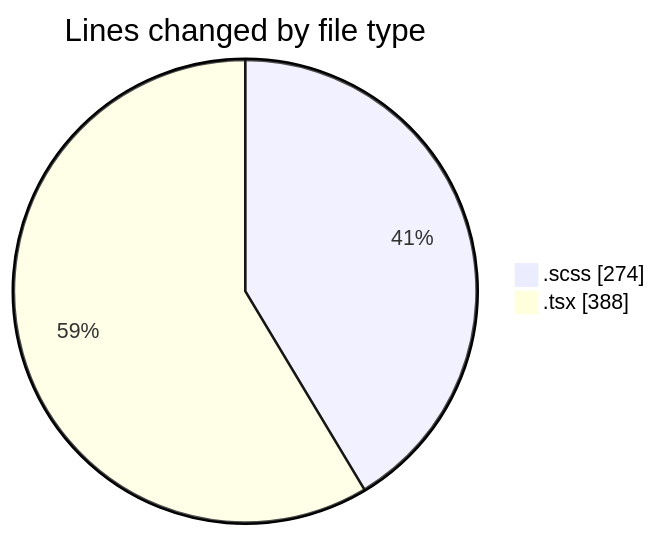
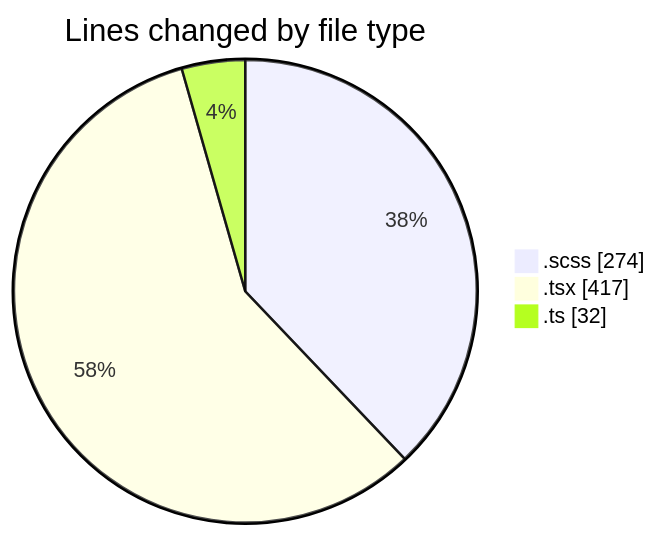
The first of 2 diagrams in 2025-03-04/cda/README.md (momahboobian/code-tracking), drawn with Mermaid before and after one commit. The commit also changed other lines of this file and 1 other file, not shown here.

````diff
--- a/2025-03-04/cda/README.md
+++ b/2025-03-04/cda/README.md
@@ -24,6 +25,7 @@
 ```mermaid
 pie showData
 title Lines changed by file type
 ".scss" : 274
-".tsx" : 388
+".tsx" : 417
+".ts" : 32
 ```
````
